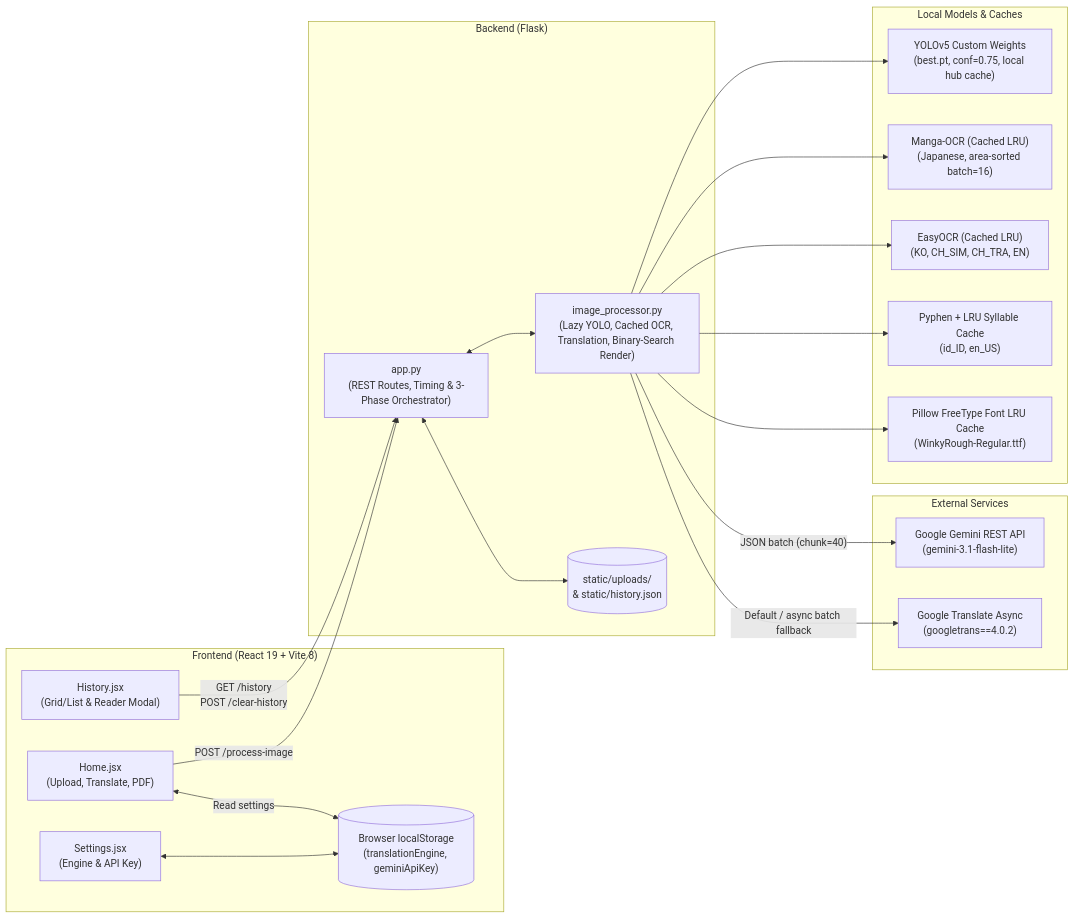
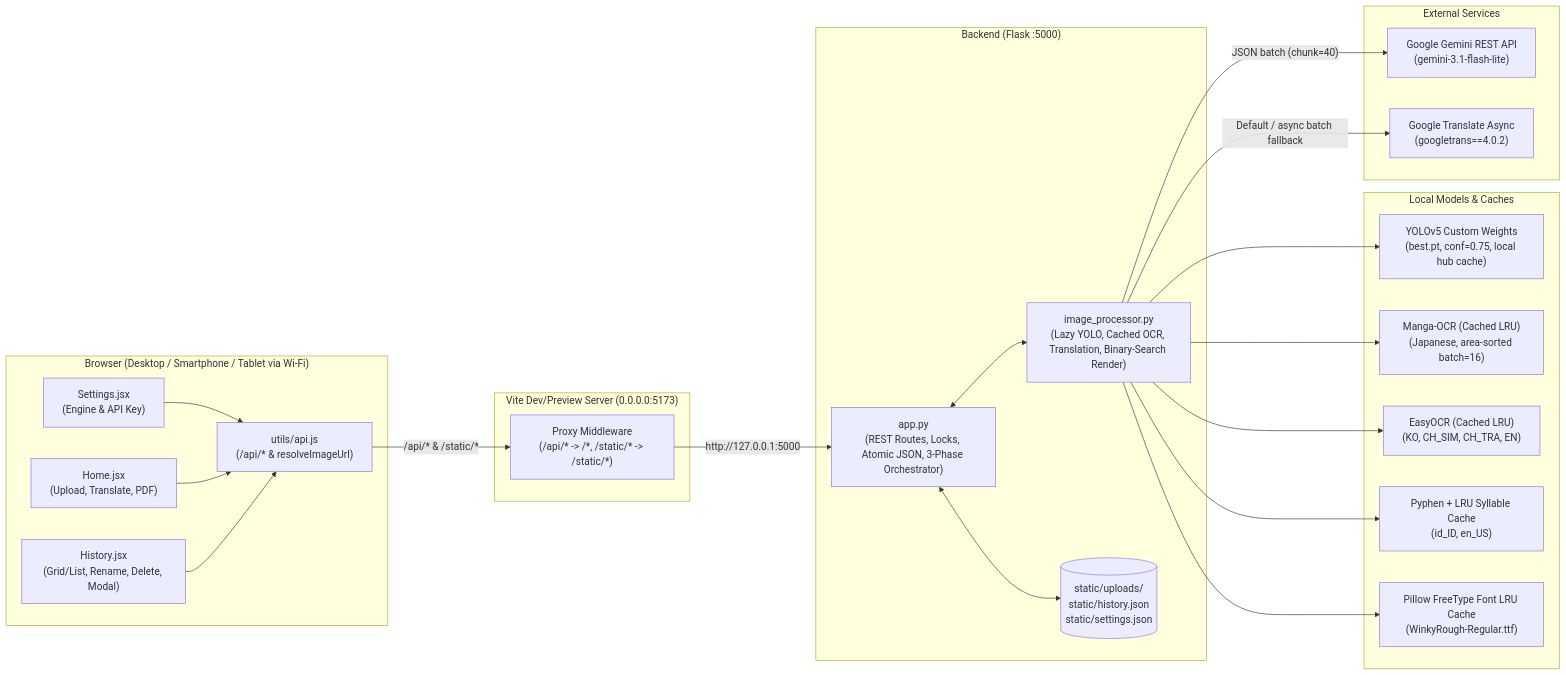
Before and after one commit to zurakats/comic-translator: the first of 3 diagrams in docs/ARCHITECTURE.md, drawn with Mermaid. The commit also changed other lines of this file and 9 other files, not shown here.

Commit message:
feat: add local Wi-Fi client-server support via Vite proxy and shared backend state

````diff
--- a/docs/ARCHITECTURE.md
+++ b/docs/ARCHITECTURE.md
@@ -32,42 +32,47 @@
 ```mermaid
 flowchart LR
-    subgraph Frontend["Frontend (React 19 + Vite 8)"]
+    subgraph Client["Browser (Desktop / Smartphone / Tablet via Wi-Fi)"]
         Home["Home.jsx\n(Upload, Translate, PDF)"]
-        History["History.jsx\n(Grid/List & Reader Modal)"]
+        History["History.jsx\n(Grid/List, Rename, Delete, Modal)"]
         Settings["Settings.jsx\n(Engine & API Key)"]
-        LS[("Browser localStorage\n(translationEngine, geminiApiKey)")]
+        ApiUtil["utils/api.js\n(/api/* & resolveImageUrl)"]
     end
 
-    subgraph Backend["Backend (Flask)"]
-        App["app.py\n(REST Routes, Timing & 3-Phase Orchestrator)"]
+    subgraph Vite["Vite Dev/Preview Server (0.0.0.0:5173)"]
+        Proxy["Proxy Middleware\n(/api/* -> /*, /static/* -> /static/*)"]
+    end
+
+    subgraph Backend["Backend (Flask :5000)"]
+        App["app.py\n(REST Routes, Locks, Atomic JSON, 3-Phase Orchestrator)"]
         IP["image_processor.py\n(Lazy YOLO, Cached OCR, Translation, Binary-Search Render)"]
-        FS[("static/uploads/\n& static/history.json")]
+        FS[("static/uploads/\nstatic/history.json\nstatic/settings.json")]
     end
 
     subgraph LocalModels["Local Models & Caches"]
         YOLO["YOLOv5 Custom Weights\n(best.pt, conf=0.75, local hub cache)"]
         MOCR["Manga-OCR (Cached LRU)\n(Japanese, area-sorted batch=16)"]
         EOCR["EasyOCR (Cached LRU)\n(KO, CH_SIM, CH_TRA, EN)"]
         Pyphen["Pyphen + LRU Syllable Cache\n(id_ID, en_US)"]
         FontCache["Pillow FreeType Font LRU Cache\n(WinkyRough-Regular.ttf)"]
     end
 
     subgraph ExternalAPIs["External Services"]
         Gemini["Google Gemini REST API\n(gemini-3.1-flash-lite)"]
         GTrans["Google Translate Async\n(googletrans==4.0.2)"]
     end
 
-    Settings <--> LS
-    Home <-- "Read settings" --> LS
-    Home -- "POST /process-image" --> App
-    History -- "GET /history\nPOST /clear-history" --> App
+    Settings --> ApiUtil
+    Home --> ApiUtil
+    History --> ApiUtil
+    ApiUtil -- "/api/* & /static/*" --> Proxy
+    Proxy -- "http://127.0.0.1:5000" --> App
     App <--> FS
     App <--> IP
     IP --> YOLO
     IP --> MOCR
     IP --> EOCR
     IP --> Pyphen
     IP --> FontCache
     IP -- "JSON batch (chunk=40)" --> Gemini
     IP -- "Default / async batch fallback" --> GTrans
 ```
````
